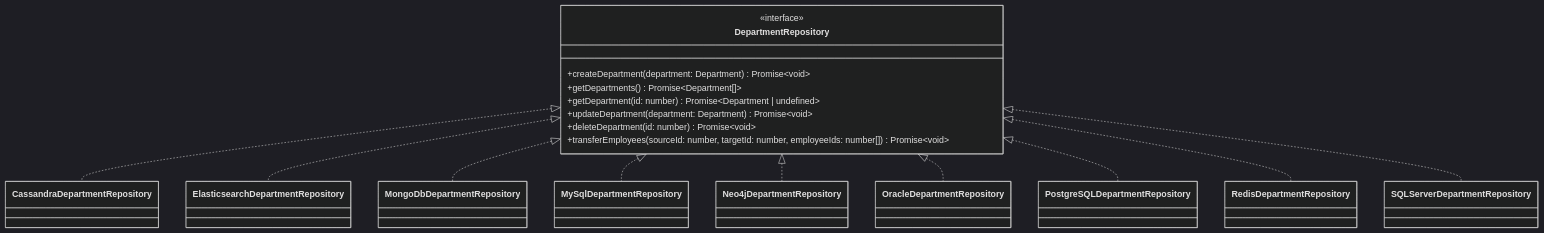
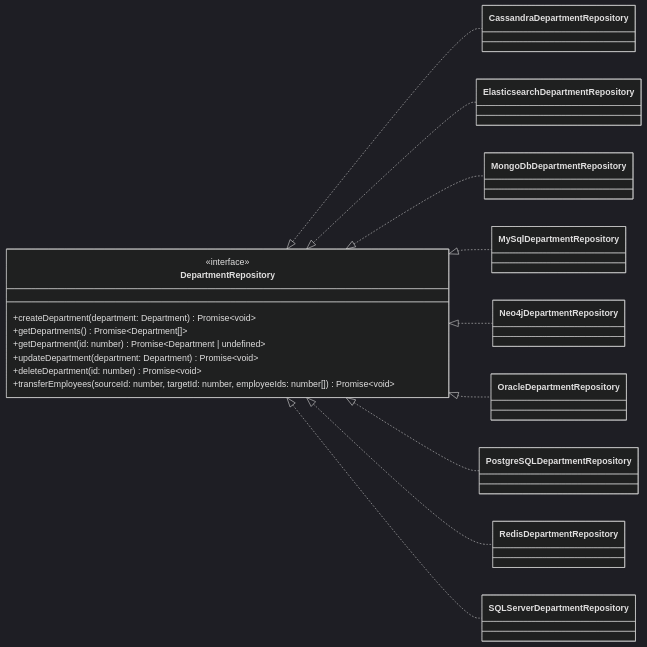
One commit to k1729p/Study28 changed the diagram in docs/mermaid/classDiagramDepartmentRepository.md. Above: the diagram before and after it, drawn with Mermaid (dark theme).

````diff
--- a/docs/mermaid/classDiagramDepartmentRepository.md
+++ b/docs/mermaid/classDiagramDepartmentRepository.md
@@ -5,50 +5,50 @@
 ```mermaid
 classDiagram
-direction TD
+direction LR
   class DepartmentRepository {
     <<interface>>
     +createDepartment(department: Department) Promise~void~
     +getDepartments() Promise~Department[]~
     +getDepartment(id: number) Promise~Department | undefined~
     +updateDepartment(department: Department) Promise~void~
     +deleteDepartment(id: number) Promise~void~
     +transferEmployees(sourceId: number, targetId: number, employeeIds: number[]) Promise~void~
   }
 
   class CassandraDepartmentRepository {
   }
 
   class ElasticsearchDepartmentRepository {
   }
 
   class MongoDbDepartmentRepository {
   }
 
   class MySqlDepartmentRepository {
   }
 
   class Neo4jDepartmentRepository {
   }
 
   class OracleDepartmentRepository {
   }
 
   class PostgreSQLDepartmentRepository {
   }
 
   class RedisDepartmentRepository {
   }
 
   class SQLServerDepartmentRepository {
   }
 
   DepartmentRepository <|.. CassandraDepartmentRepository
   DepartmentRepository <|.. ElasticsearchDepartmentRepository
   DepartmentRepository <|.. MongoDbDepartmentRepository
   DepartmentRepository <|.. MySqlDepartmentRepository
   DepartmentRepository <|.. Neo4jDepartmentRepository
   DepartmentRepository <|.. OracleDepartmentRepository
   DepartmentRepository <|.. PostgreSQLDepartmentRepository
   DepartmentRepository <|.. RedisDepartmentRepository
   DepartmentRepository <|.. SQLServerDepartmentRepository
 ```
````
